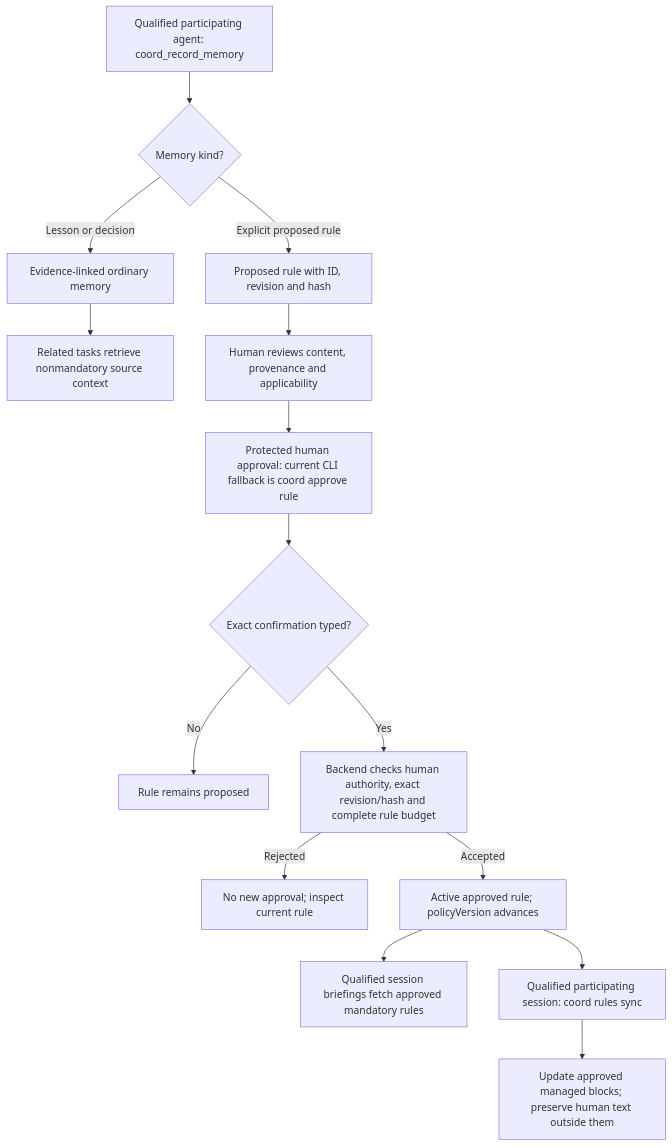
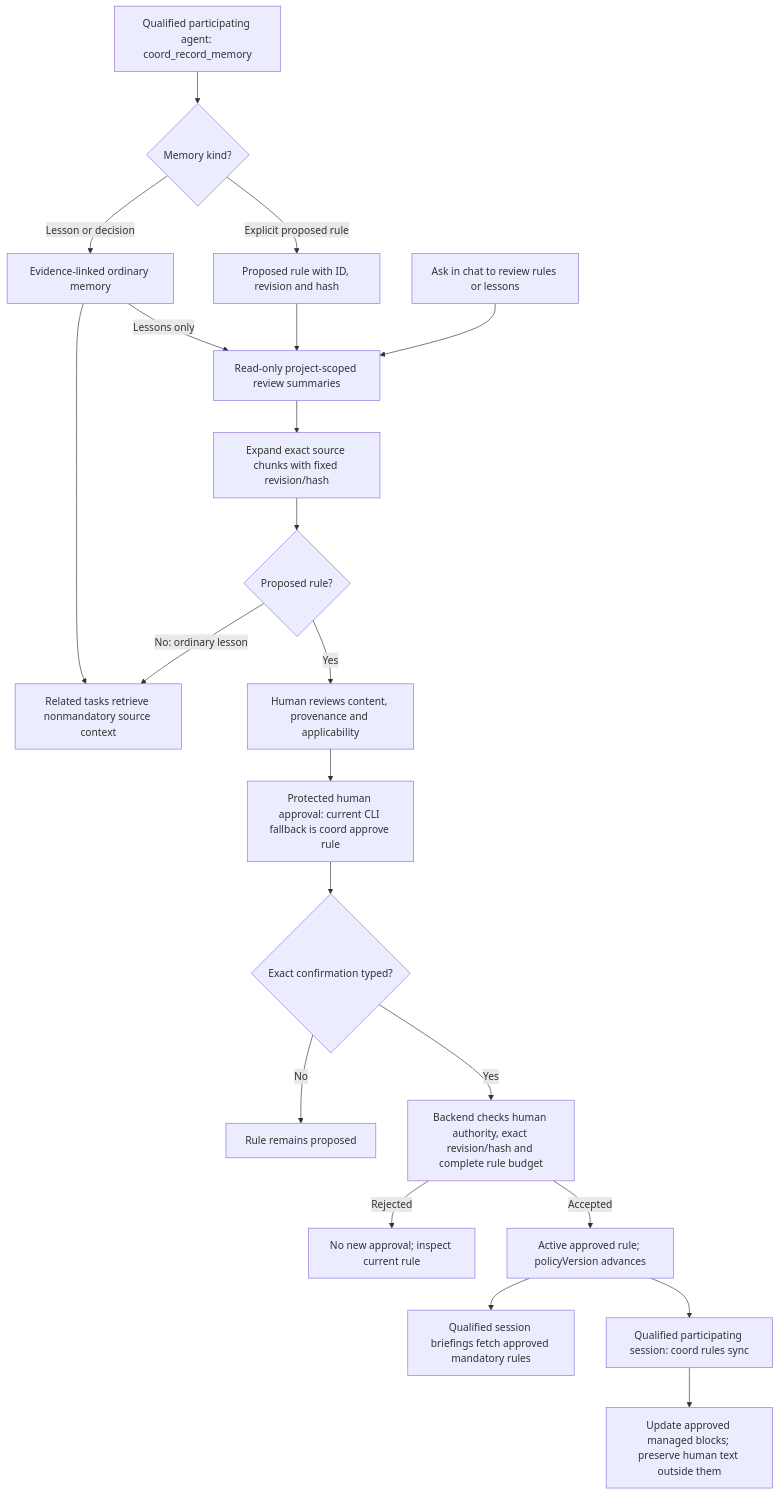
One commit to johntimothybailey/coord changed the diagram in README.md. Above: the diagram before and after it, drawn with Mermaid. The commit also changed other lines of this file and 8 other files, not shown here.

````diff
--- a/README.md
+++ b/README.md
@@ -33,17 +35,23 @@
 ```mermaid
 flowchart TD
     A["Qualified participating agent: coord_record_memory"] --> K{"Memory kind?"}
     K -->|Lesson or decision| L["Evidence-linked ordinary memory"]
     L --> C["Related tasks retrieve nonmandatory source context"]
     K -->|Explicit proposed rule| P["Proposed rule with ID, revision and hash"]
-    P --> H["Human reviews content, provenance and applicability"]
+    Q["Ask in chat to review rules or lessons"] --> V["Read-only project-scoped review summaries"]
+    P --> V
+    L -->|Lessons only| V
+    V --> X["Expand exact source chunks with fixed revision/hash"]
+    X --> J{"Proposed rule?"}
+    J -->|No: ordinary lesson| C
+    J -->|Yes| H["Human reviews content, provenance and applicability"]
     H --> T["Protected human approval: current CLI fallback is coord approve rule"]
     T --> D{"Exact confirmation typed?"}
     D -->|No| N["Rule remains proposed"]
     D -->|Yes| B["Backend checks human authority, exact revision/hash and complete rule budget"]
     B -->|Rejected| E["No new approval; inspect current rule"]
     B -->|Accepted| R["Active approved rule; policyVersion advances"]
     R --> F["Qualified session briefings fetch approved mandatory rules"]
     R --> S["Qualified participating session: coord rules sync"]
     S --> W["Update approved managed blocks; preserve human text outside them"]
 ```
````
